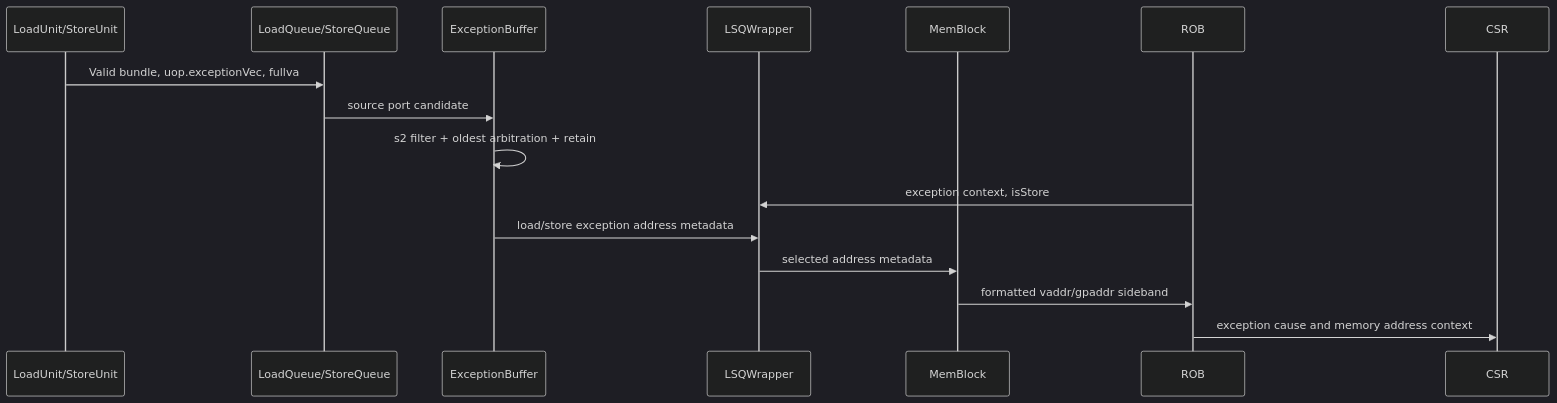
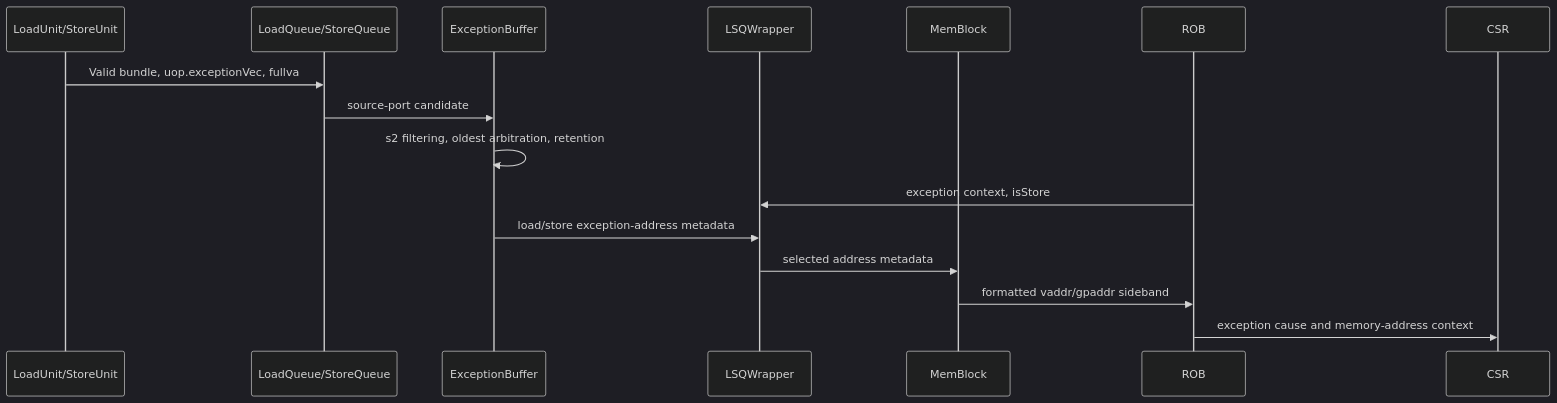
One commit to OpenXiangShan/XiangShanLab changed the fourth of 4 diagrams in xiangshan-course/docs-en/4-xiangshan-microarchitecture-analysis/3-xiangshan-source-code-analysis/memory/LoadStore-ExceptionBuffer.md. Above: the diagram before and after it, drawn with Mermaid (dark theme). The commit also changed other lines of this file and 176 other files, not shown here.

````diff
--- a/xiangshan-course/docs-en/4-xiangshan-microarchitecture-analysis/3-xiangshan-source-code-analysis/memory/LoadStore-ExceptionBuffer.md
+++ b/xiangshan-course/docs-en/4-xiangshan-microarchitecture-analysis/3-xiangshan-source-code-analysis/memory/LoadStore-ExceptionBuffer.md
@@ -324,19 +699,19 @@
 ```mermaid
 sequenceDiagram
   participant EX as LoadUnit/StoreUnit
   participant Q as LoadQueue/StoreQueue
   participant EB as ExceptionBuffer
   participant W as LSQWrapper
   participant M as MemBlock
   participant R as ROB
   participant C as CSR
 
   EX->>Q: Valid bundle, uop.exceptionVec, fullva
-  Q->>EB: source port candidate
-  EB->>EB: s2 filter + oldest arbitration + retain
+  Q->>EB: source-port candidate
+  EB->>EB: s2 filtering, oldest arbitration, retention
   R->>W: exception context, isStore
-  EB->>W: load/store exception address metadata
+  EB->>W: load/store exception-address metadata
   W->>M: selected address metadata
   M->>R: formatted vaddr/gpaddr sideband
-  R->>C: exception cause and memory address context
+  R->>C: exception cause and memory-address context
 ```
````
